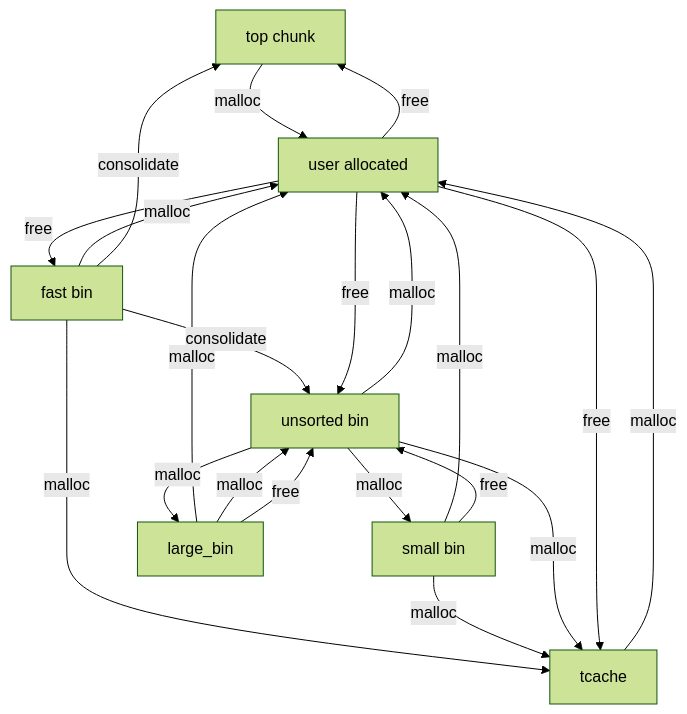
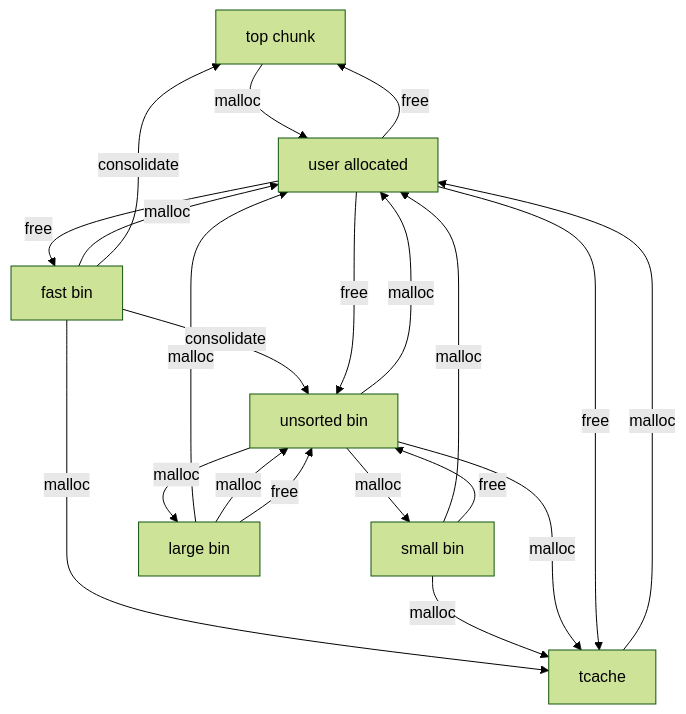
Before and after one commit to jiegec/kb: the first of 2 diagrams in docs/software/glibc_allocator.md, drawn with Mermaid (forest theme).

````diff
--- a/docs/software/glibc_allocator.md
+++ b/docs/software/glibc_allocator.md
@@ -1927,32 +1927,32 @@
 ```mermaid
 flowchart TD
     top_chunk[top chunk]
     user[user allocated]
     tcache
     fast_bin[fast bin]
     small_bin[small bin]
-    large_bin[large_bin]
+    large_bin[large bin]
     unsorted_bin[unsorted bin]
 
     top_chunk -->|malloc| user
     tcache -->|malloc| user
     fast_bin -->|malloc| user
     fast_bin -->|malloc| tcache
     fast_bin -->|consolidate| unsorted_bin
     fast_bin -->|consolidate| top_chunk
     small_bin -->|malloc| user
     small_bin -->|malloc| tcache
     large_bin -->|malloc| user
     large_bin -->|malloc| unsorted_bin
     unsorted_bin -->|malloc| user
     unsorted_bin -->|malloc| tcache
     unsorted_bin -->|malloc| small_bin
     unsorted_bin -->|malloc| large_bin
 
     user -->|free| tcache
     user -->|free| fast_bin
     user -->|free| unsorted_bin
     user -->|free| top_chunk
     small_bin -->|free| unsorted_bin
     large_bin -->|free| unsorted_bin
 ```
````
